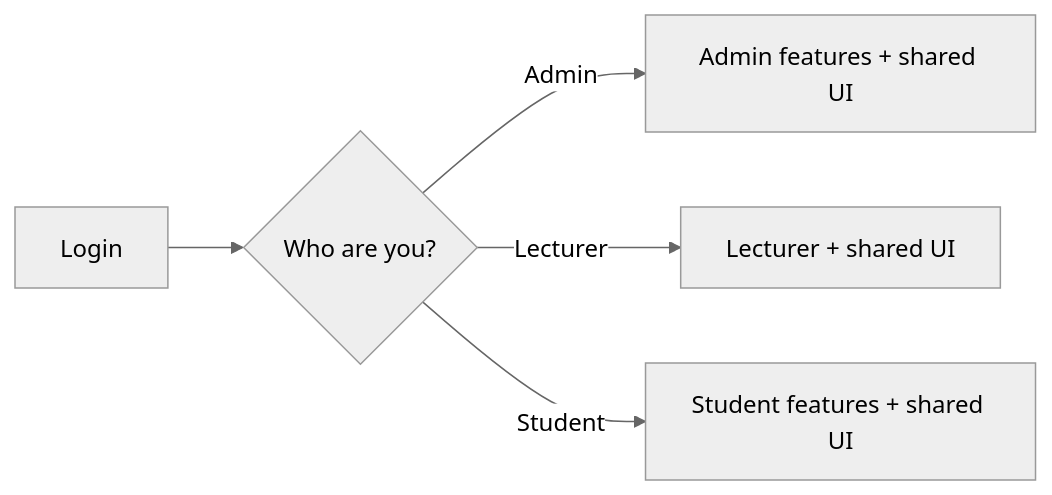
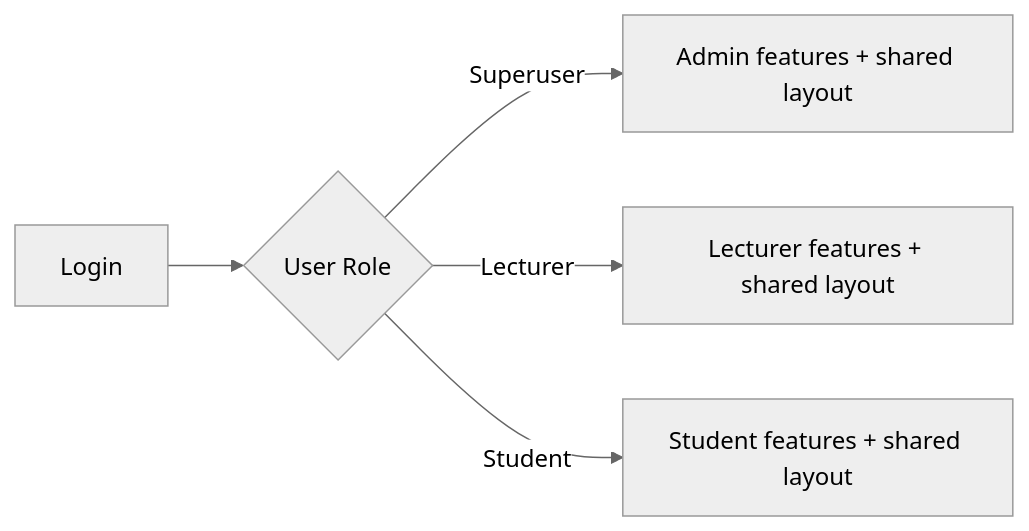
The first of 4 diagrams in designdoc.md (orbitez/docs), drawn with Mermaid (neutral theme) before and after one commit. The commit also changed other lines of this file, not shown here.

````diff
--- a/designdoc.md
+++ b/designdoc.md
@@ -41,8 +42,8 @@
 ```mermaid
 flowchart LR
     Login[Login]
-    Login --> Menu{Who are you?}
-    Menu -->|Admin| MixedAdmin[Admin features + shared UI]
-    Menu -->|Lecturer| MixedLecturer[Lecturer + shared UI]
-    Menu -->|Student| MixedStudent[Student features + shared UI]
+    Login --> Role{User Role}
+    Role -->|Superuser| Admin[Admin features + shared layout]
+    Role -->|Lecturer| Lecturer[Lecturer features + shared layout]
+    Role -->|Student| Student[Student features + shared layout]
 ```
````
